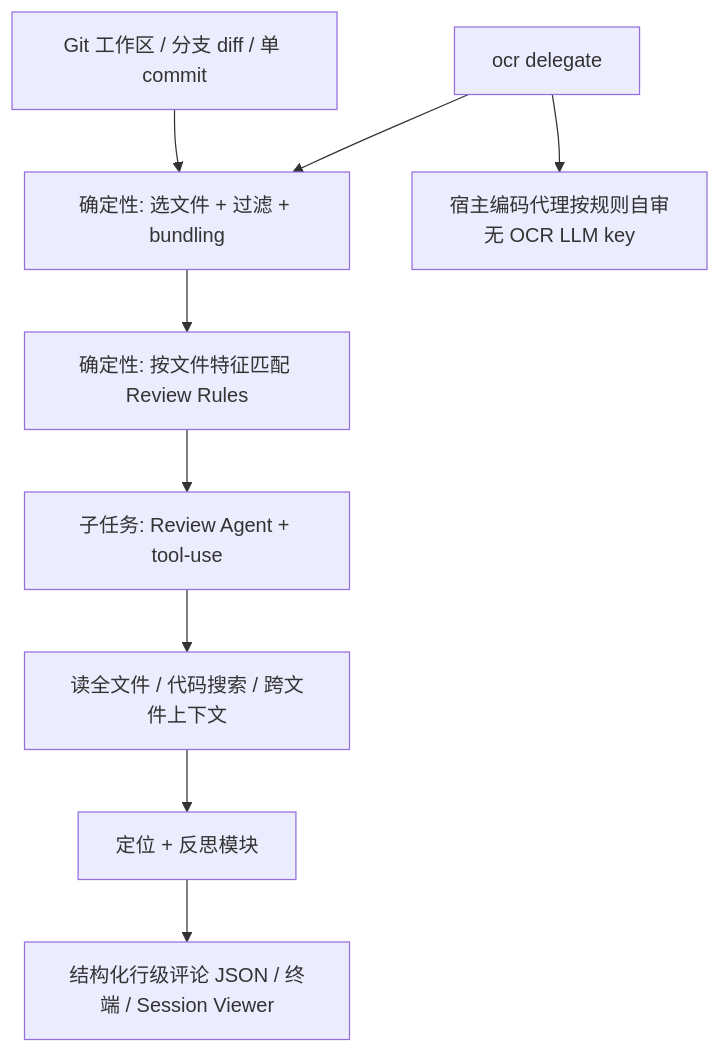
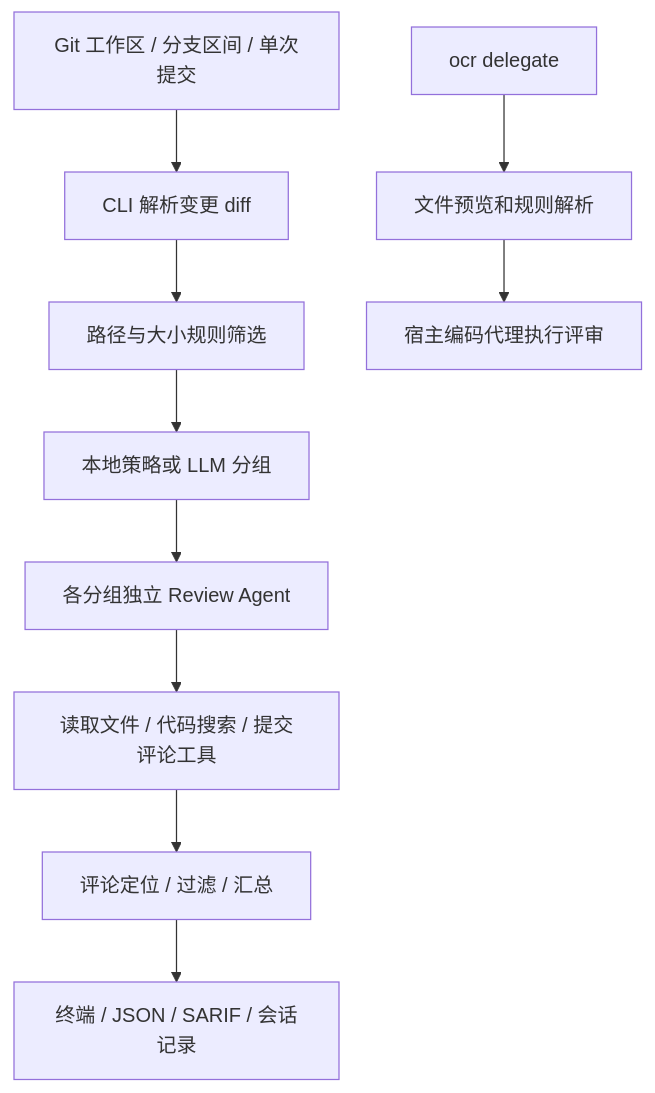
Before and after one commit to ImChong/Robotics_Notebooks: the first of 2 diagrams in wiki/entities/open-code-review.md, drawn with Mermaid. The commit also changed other lines of this file, not shown here.

Commit message:
[2026-11-08] ingest | wiki/entities/open-code-review.md — 补全 Open Code Review 官方核验与源码流程

````diff
--- a/wiki/entities/open-code-review.md
+++ b/wiki/entities/open-code-review.md
@@ -80,11 +86,12 @@
 ```mermaid
 flowchart TD
-  A[Git 工作区 / 分支 diff / 单 commit] --> B[确定性: 选文件 + 过滤 + bundling]
-  B --> C[确定性: 按文件特征匹配 Review Rules]
-  C --> D[子任务: Review Agent + tool-use]
-  D --> E[读全文件 / 代码搜索 / 跨文件上下文]
-  E --> F[定位 + 反思模块]
-  F --> G[结构化行级评论 JSON / 终端 / Session Viewer]
-  H[ocr delegate] --> B
-  H --> I[宿主编码代理按规则自审\n无 OCR LLM key]
+  A["Git 工作区 / 分支区间 / 单次提交"] --> B["CLI 解析变更 diff"]
+  B --> C["路径与大小规则筛选"]
+  C --> D["本地策略或 LLM 分组"]
+  D --> E["各分组独立 Review Agent"]
+  E --> F["读取文件 / 代码搜索 / 提交评论工具"]
+  F --> G["评论定位 / 过滤 / 汇总"]
+  G --> H["终端 / JSON / SARIF / 会话记录"]
+  I["ocr delegate"] --> J["文件预览和规则解析"]
+  J --> K["宿主编码代理执行评审"]
 ```
````
